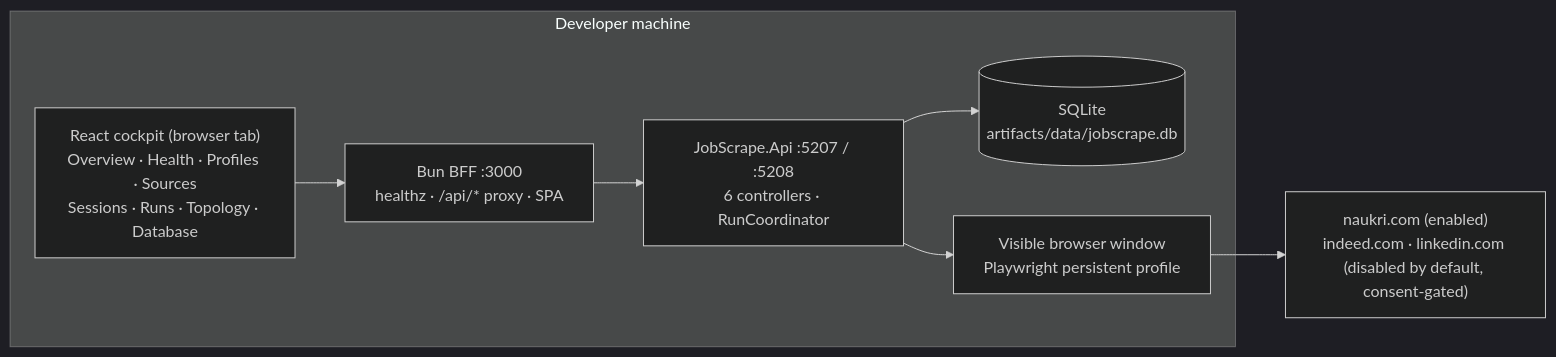
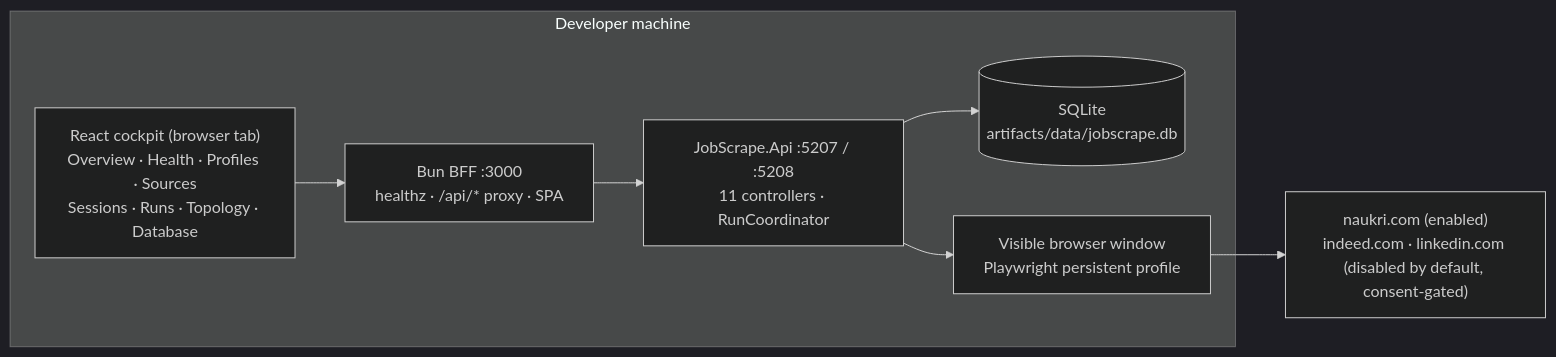
Before and after one commit to AslamNazeerShaikh/PlaywrightDotNet: diagram 12 of 12 in docs/02-architecture.md, drawn with Mermaid (dark theme). The commit also changed other lines of this file and 19 other files, not shown here.

````diff
--- a/docs/02-architecture.md
+++ b/docs/02-architecture.md
@@ -1017,15 +1024,15 @@
 ```mermaid
 flowchart LR
     subgraph Desk["Developer machine"]
         BFF["Bun BFF :3000<br/>healthz · /api/* proxy · SPA"]
-        API["JobScrape.Api :5207 / :5208<br/>6 controllers · RunCoordinator"]
+        API["JobScrape.Api :5207 / :5208<br/>11 controllers · RunCoordinator"]
         DB[("SQLite<br/>artifacts/data/jobscrape.db")]
         UI["React cockpit (browser tab)<br/>Overview · Health · Profiles · Sources<br/>Sessions · Runs · Topology · Database"]
         BRW["Visible browser window<br/>Playwright persistent profile"]
     end
     UI --> BFF
     BFF --> API
     API --> DB
     API --> BRW
     BRW --> SITES["naukri.com (enabled)<br/>indeed.com · linkedin.com (disabled by default, consent-gated)"]
 ```
````
